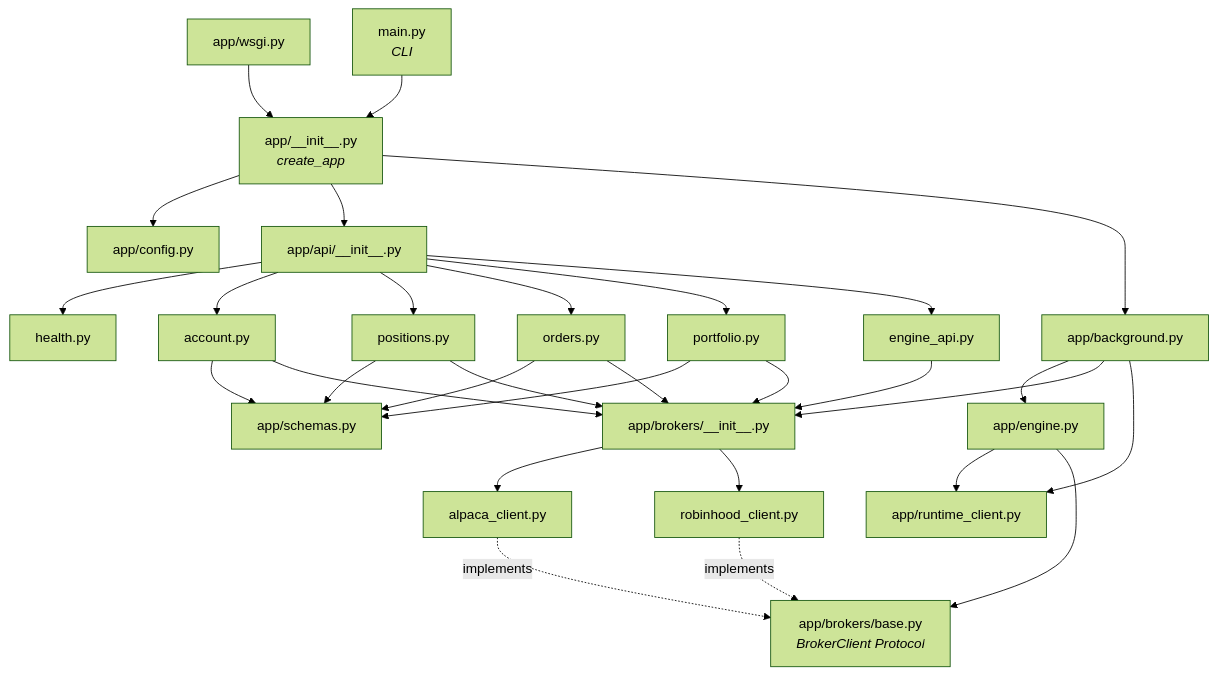
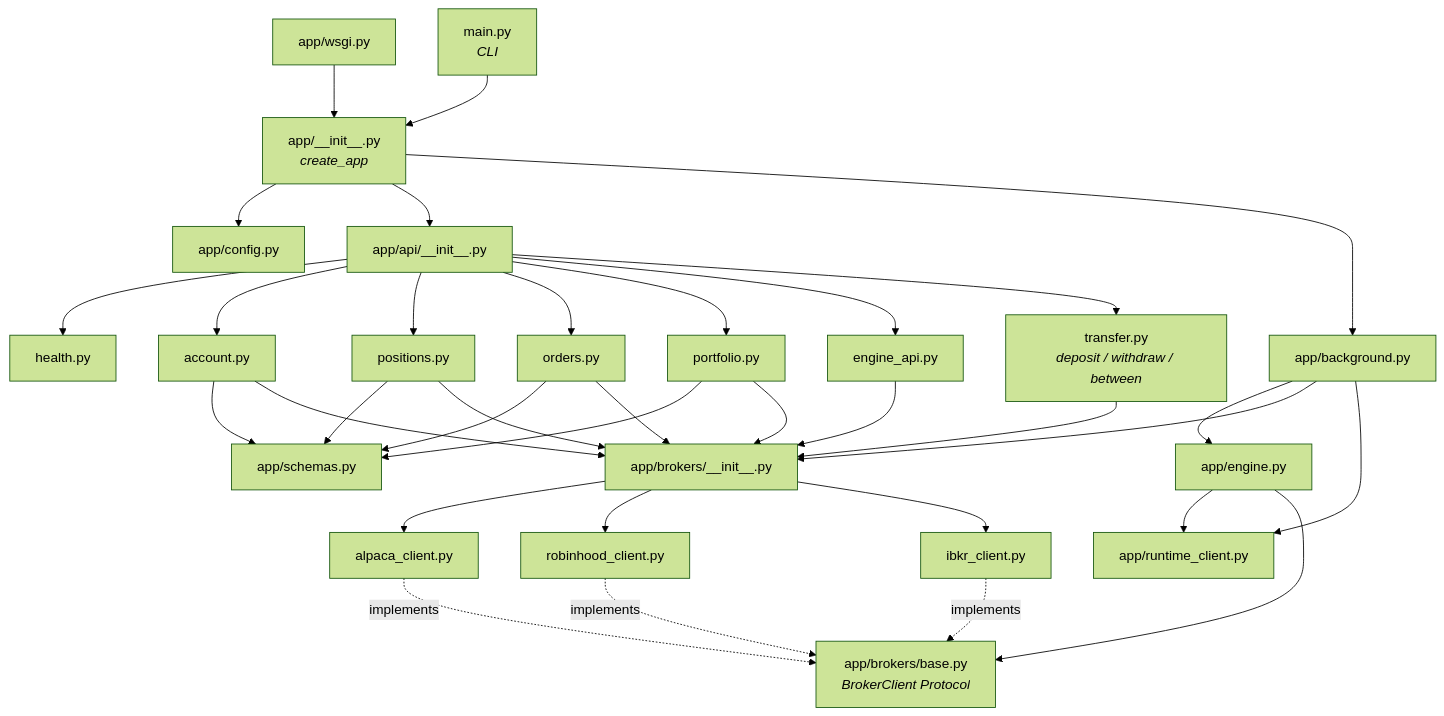
The fourth of 4 diagrams in README.md (IamJasonBian/allocation-engine-2.0), drawn with Mermaid (forest theme) before and after one commit. The commit also changed other lines of this file and 12 other files, not shown here.

First line of the commit message:
Add IBKR broker surface with buy/sell orders and inter-broker fund transfer

````diff
--- a/README.md
+++ b/README.md
@@ -170,30 +193,34 @@
 ```mermaid
 graph TD
     WSGI[app/wsgi.py] --> INIT[app/__init__.py<br/><i>create_app</i>]
     MAIN[main.py<br/><i>CLI</i>] --> INIT
 
     INIT --> CFG[app/config.py]
     INIT --> API[app/api/__init__.py]
     INIT --> BGM[app/background.py]
 
     API --> HEALTH[health.py]
     API --> ACCT[account.py]
     API --> POS[positions.py]
     API --> ORD[orders.py]
     API --> PORT[portfolio.py]
     API --> EAPI[engine_api.py]
 
     ACCT & POS & ORD & PORT --> SCH[app/schemas.py]
     ACCT & POS & ORD & PORT & EAPI --> BREG[app/brokers/__init__.py]
 
     BGM --> ENG[app/engine.py]
     BGM --> BREG
     BGM --> RTC[app/runtime_client.py]
 
     ENG --> RTC
     ENG --> BASE[app/brokers/base.py<br/><i>BrokerClient Protocol</i>]
 
     BREG --> ALP[alpaca_client.py]
     BREG --> RHC[robinhood_client.py]
-    ALP & RHC -.->|implements| BASE
+    BREG --> IBKC[ibkr_client.py]
+    ALP & RHC & IBKC -.->|implements| BASE
+
+    API --> TRF[transfer.py<br/><i>deposit / withdraw / between</i>]
+    TRF --> BREG
 ```
````
